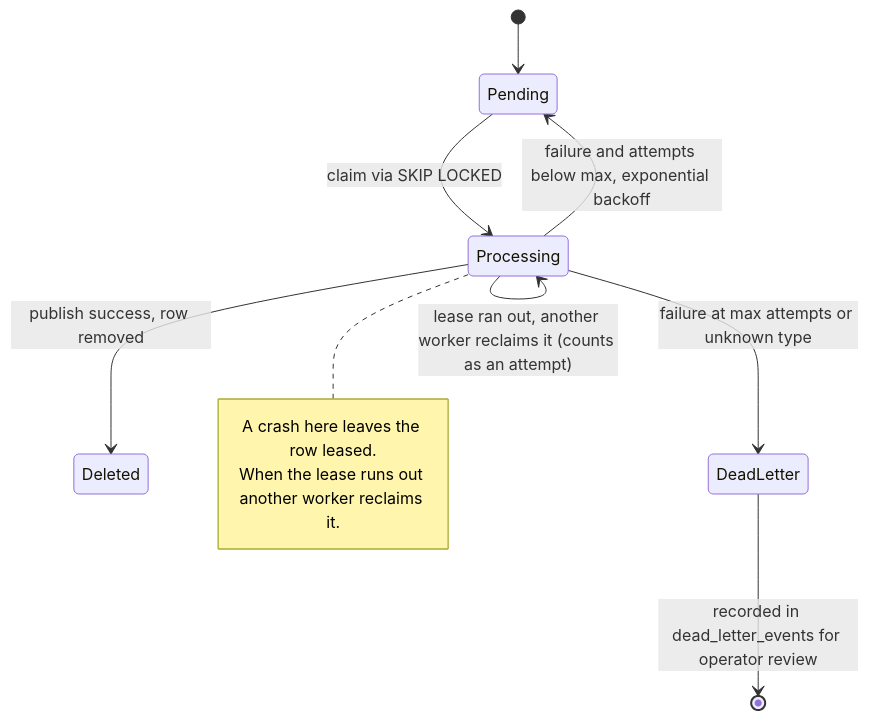
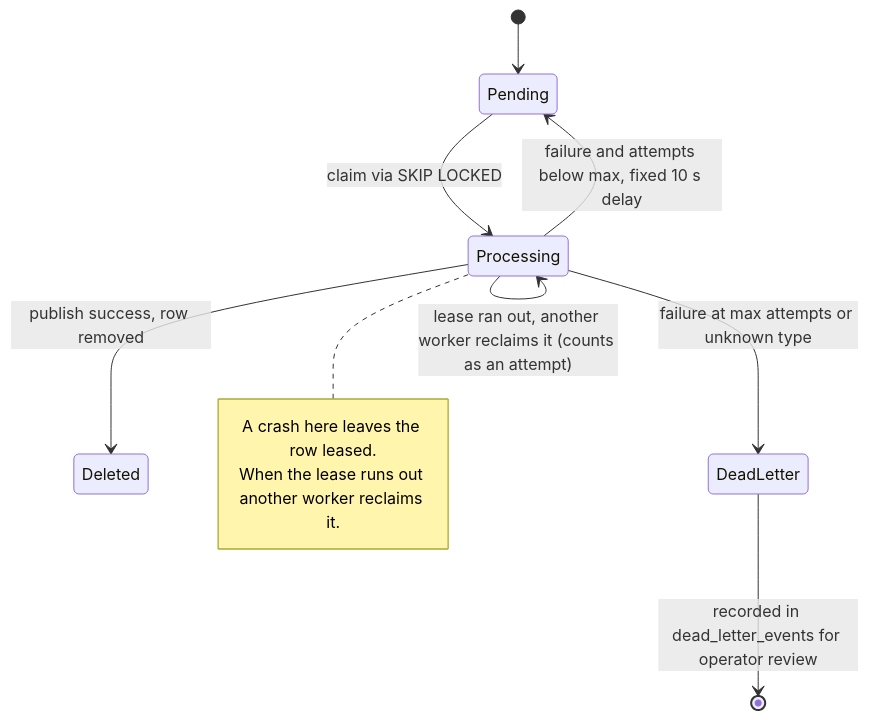
One commit to maysamgamini/crowdfundinghub changed the sixth of 12 diagrams in docs/ARCHITECTURE_AND_LIBRARIES.md. Above: the diagram before and after it, drawn with Mermaid. The commit also changed other lines of this file and 31 other files, not shown here.

````diff
--- a/docs/ARCHITECTURE_AND_LIBRARIES.md
+++ b/docs/ARCHITECTURE_AND_LIBRARIES.md
@@ -318,14 +318,14 @@
 ```mermaid
 stateDiagram-v2
     [*] --> Pending
     Pending --> Processing: claim via SKIP LOCKED
     Processing --> Deleted: publish success, row removed
-    Processing --> Pending: failure and attempts below max, exponential backoff
+    Processing --> Pending: failure and attempts below max, fixed 10 s delay
     Processing --> Processing: lease ran out, another worker reclaims it (counts as an attempt)
     Processing --> DeadLetter: failure at max attempts or unknown type
     DeadLetter --> [*]: recorded in dead_letter_events for operator review
     note right of Processing
         A crash here leaves the row leased.
         When the lease runs out another worker reclaims it.
     end note
 ```
````
